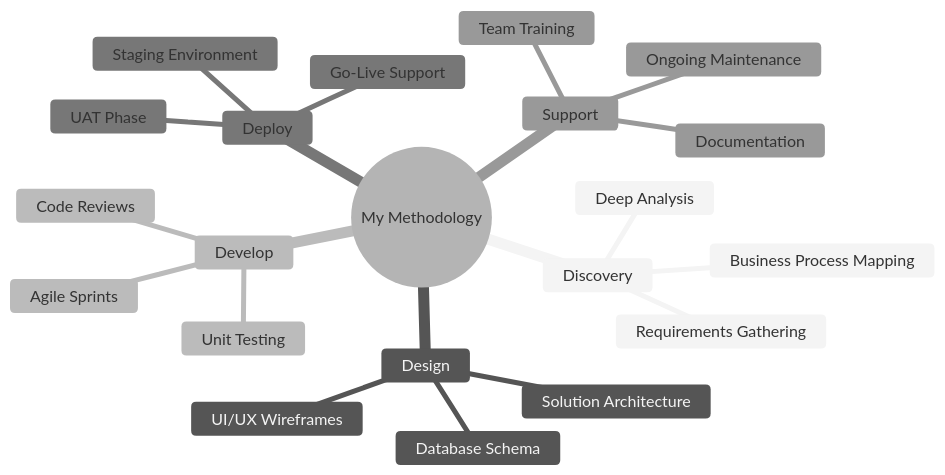
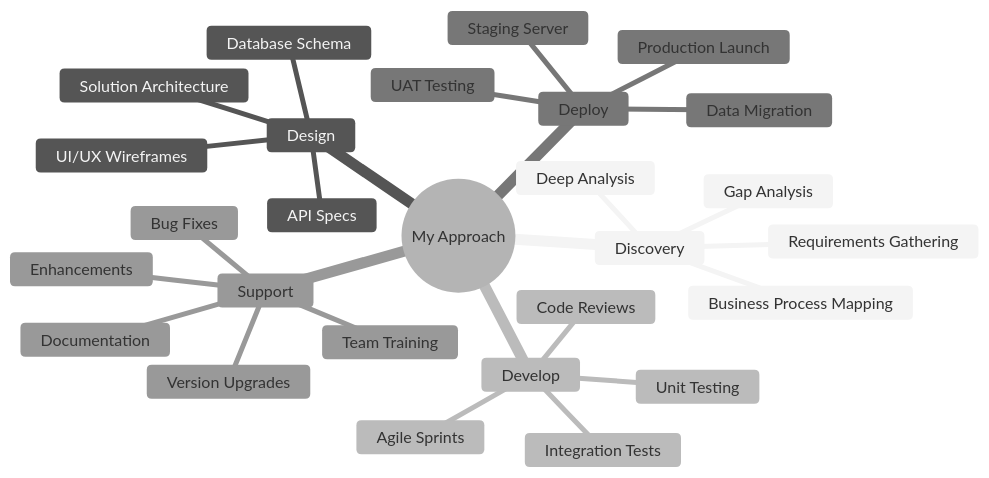
Before and after one commit to Elmasry-631/Elmasry-631: the first of 2 diagrams in README.md, drawn with Mermaid (neutral theme). The commit also changed other lines of this file, not shown here.

````diff
--- a/README.md
+++ b/README.md
@@ -460,24 +600,30 @@
 ```mermaid
 mindmap
-  root((My Methodology))
+  root((My Approach))
     Discovery
       Deep Analysis
       Requirements Gathering
       Business Process Mapping
+      Gap Analysis
     Design
       Solution Architecture
       Database Schema
       UI/UX Wireframes
+      API Specs
     Develop
       Agile Sprints
       Code Reviews
       Unit Testing
+      Integration Tests
     Deploy
-      Staging Environment
-      UAT Phase
-      Go-Live Support
+      Staging Server
+      UAT Testing
+      Data Migration
+      Production Launch
     Support
+      Team Training
       Documentation
-      Team Training
-      Ongoing Maintenance
+      Bug Fixes
+      Enhancements
+      Version Upgrades
 ```
````
